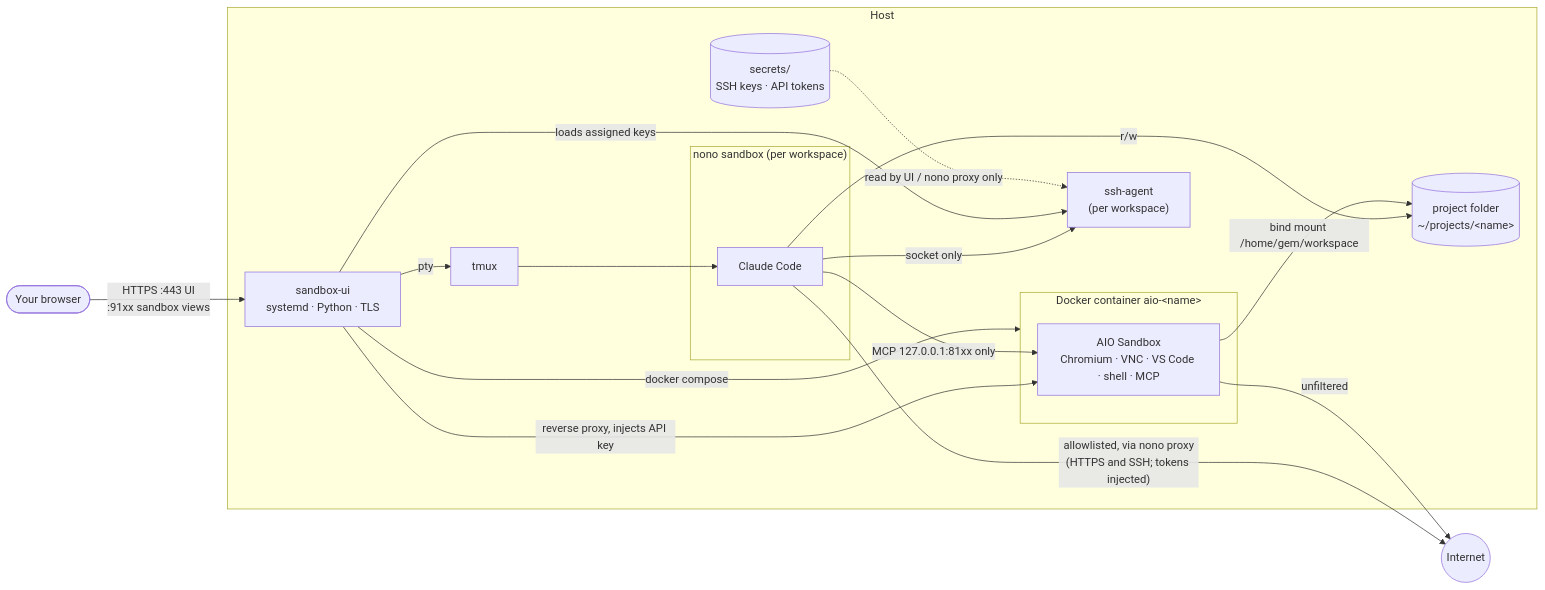
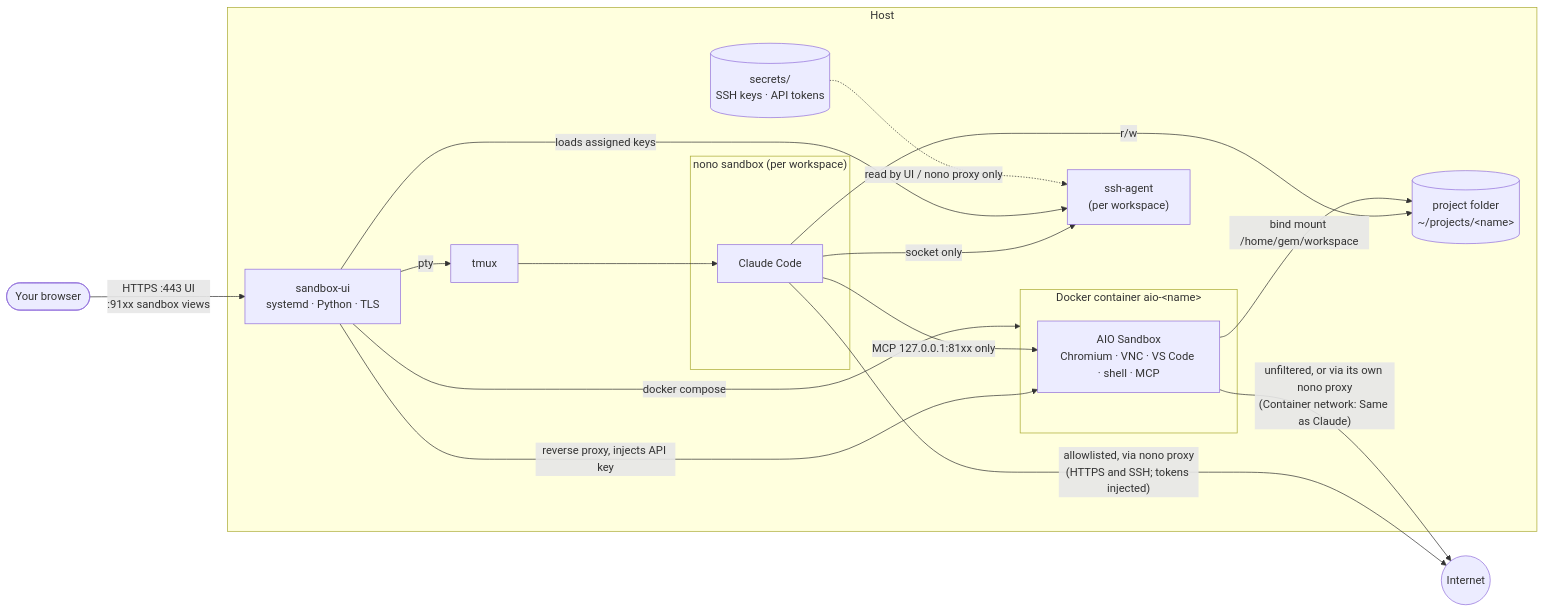
Before and after one commit to metahertz/agent-sandboxes: the diagram in README.md, drawn with Mermaid. The commit also changed other lines of this file and 4 other files, not shown here.

````diff
--- a/README.md
+++ b/README.md
@@ -10,32 +10,32 @@
 ```mermaid
 flowchart LR
   user([Your browser])
 
   subgraph host[Host]
     ui["sandbox-ui<br/>systemd · Python · TLS"]
     tmux["tmux"]
     subgraph nono["nono sandbox (per workspace)"]
       claude["Claude Code"]
     end
     proj[("project folder<br/>~/projects/&lt;name&gt;")]
     agent["ssh-agent<br/>(per workspace)"]
     pool[("secrets/<br/>SSH keys · API tokens")]
     subgraph docker["Docker container aio-&lt;name&gt;"]
       aio["AIO Sandbox<br/>Chromium · VNC · VS Code · shell · MCP"]
     end
   end
   net((Internet))
 
   user -- "HTTPS :443 UI<br/>:91xx sandbox views" --> ui
   ui -- "pty" --> tmux --> claude
   ui -- "docker compose" --> docker
   ui -- "reverse proxy, injects API key" --> aio
   claude -- "MCP 127.0.0.1:81xx only" --> aio
   claude -- "r/w" --> proj
   aio -- "bind mount /home/gem/workspace" --> proj
   claude -- "allowlisted, via nono proxy<br/>(HTTPS and SSH; tokens injected)" --> net
   claude -- "socket only" --> agent
   ui -- "loads assigned keys" --> agent
   pool -. "read by UI / nono proxy only" .-> agent
-  aio -- "unfiltered" --> net
+  aio -- "unfiltered, or via its own nono proxy<br/>(Container network: Same as Claude)" --> net
 ```
````
